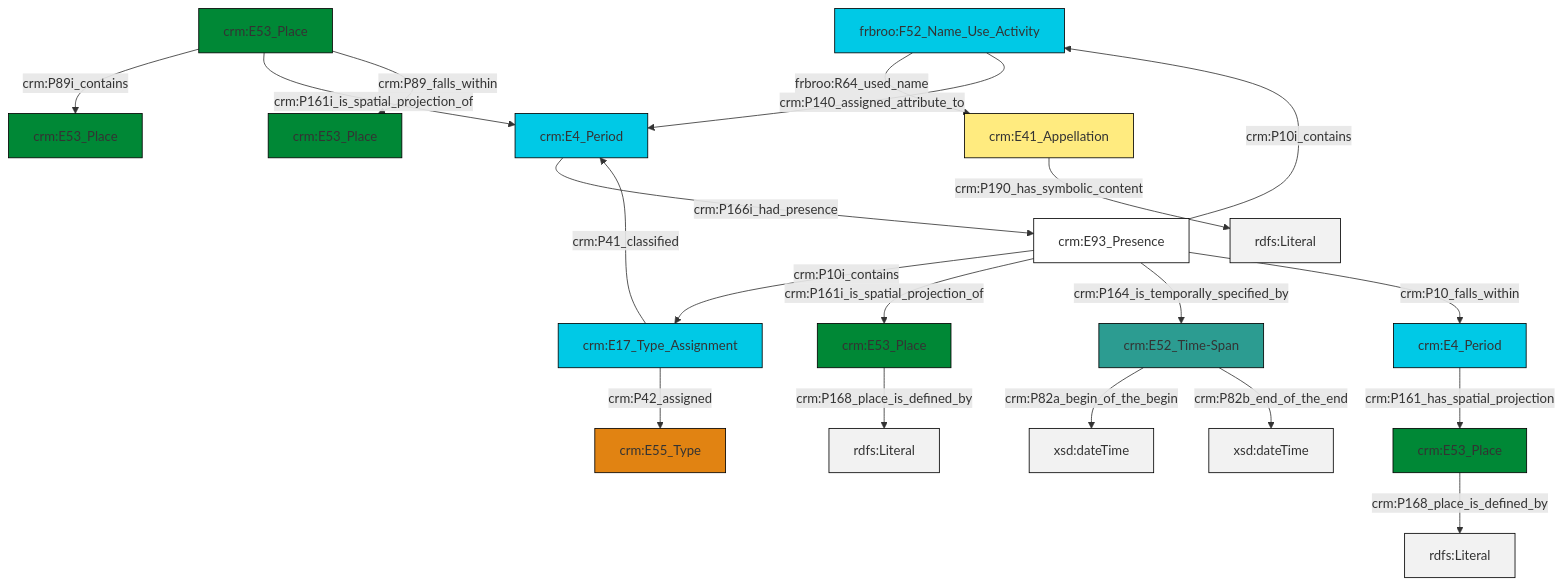
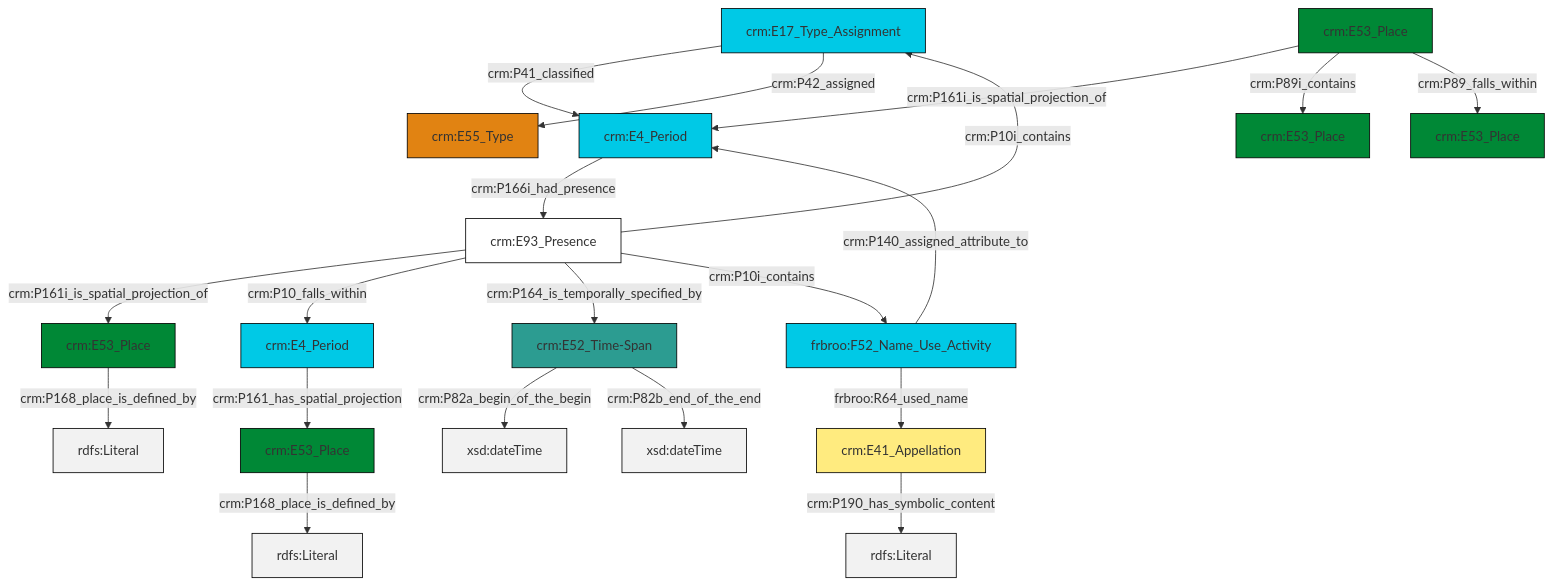
The diagram in et/placeCSV/ttl/mmd/place_parthood.ttl.mmd (swiss-art-research-net/reference-data-models), drawn with Mermaid before and after one commit. The commit also changed 128 other files, not shown here.

```diff
--- a/et/placeCSV/ttl/mmd/place_parthood.ttl.mmd
+++ b/et/placeCSV/ttl/mmd/place_parthood.ttl.mmd
@@ -1,34 +1,34 @@
 graph TD
 classDef Literal fill:#f2f2f2,stroke:#000000;
 classDef CRM_Entity fill:#FFFFFF,stroke:#000000;
 classDef Temporal_Entity fill:#00C9E6, stroke:#000000;
 classDef Type fill:#E18312, stroke:#000000;
 classDef Time-Span fill:#2C9C91, stroke:#000000;
 classDef Appellation fill:#FFEB7F, stroke:#000000;
 classDef Place fill:#008836, stroke:#000000;
 classDef Persistent_Item fill:#B266B2, stroke:#000000;
 classDef Conceptual_Object fill:#FFD700, stroke:#000000;
 classDef Physical_Thing fill:#D2B48C, stroke:#000000;
 classDef Actor fill:#f58aad, stroke:#000000;
 classDef PC_Classes fill:#4ce600, stroke:#000000;
 classDef Multi fill:#cccccc,stroke:#000000;
 
-0["frbroo:F52_Name_Use_Activity"]:::Temporal_Entity -->|frbroo:R64_used_name| 1["crm:E41_Appellation"]:::Appellation
-2["crm:E53_Place"]:::Place -->|crm:P168_place_is_defined_by| 3[rdfs:Literal]:::Literal
-6["crm:E17_Type_Assignment"]:::Temporal_Entity -->|crm:P42_assigned| 7["crm:E55_Type"]:::Type
-8["crm:E4_Period"]:::Temporal_Entity -->|crm:P166i_had_presence| 9["crm:E93_Presence"]:::CRM_Entity
-6["crm:E17_Type_Assignment"]:::Temporal_Entity -->|crm:P41_classified| 8["crm:E4_Period"]:::Temporal_Entity
-10["crm:E53_Place"]:::Place -->|crm:P89i_contains| 11["crm:E53_Place"]:::Place
-12["crm:E4_Period"]:::Temporal_Entity -->|crm:P161_has_spatial_projection| 15["crm:E53_Place"]:::Place
-1["crm:E41_Appellation"]:::Appellation -->|crm:P190_has_symbolic_content| 18[rdfs:Literal]:::Literal
-10["crm:E53_Place"]:::Place -->|crm:P161i_is_spatial_projection_of| 8["crm:E4_Period"]:::Temporal_Entity
-10["crm:E53_Place"]:::Place -->|crm:P89_falls_within| 4["crm:E53_Place"]:::Place
-0["frbroo:F52_Name_Use_Activity"]:::Temporal_Entity -->|crm:P140_assigned_attribute_to| 8["crm:E4_Period"]:::Temporal_Entity
-9["crm:E93_Presence"]:::CRM_Entity -->|crm:P10i_contains| 6["crm:E17_Type_Assignment"]:::Temporal_Entity
-9["crm:E93_Presence"]:::CRM_Entity -->|crm:P161i_is_spatial_projection_of| 2["crm:E53_Place"]:::Place
-9["crm:E93_Presence"]:::CRM_Entity -->|crm:P164_is_temporally_specified_by| 19["crm:E52_Time-Span"]:::Time-Span
-9["crm:E93_Presence"]:::CRM_Entity -->|crm:P10i_contains| 0["frbroo:F52_Name_Use_Activity"]:::Temporal_Entity
-19["crm:E52_Time-Span"]:::Time-Span -->|crm:P82a_begin_of_the_begin| 27[xsd:dateTime]:::Literal
-15["crm:E53_Place"]:::Place -->|crm:P168_place_is_defined_by| 28[rdfs:Literal]:::Literal
-19["crm:E52_Time-Span"]:::Time-Span -->|crm:P82b_end_of_the_end| 29[xsd:dateTime]:::Literal
-9["crm:E93_Presence"]:::CRM_Entity -->|crm:P10_falls_within| 12["crm:E4_Period"]:::Temporal_Entity
+0["crm:E52_Time-Span"]:::Time-Span -->|crm:P82a_begin_of_the_begin| 1[xsd:dateTime]:::Literal
+0["crm:E52_Time-Span"]:::Time-Span -->|crm:P82b_end_of_the_end| 2[xsd:dateTime]:::Literal
+3["crm:E17_Type_Assignment"]:::Temporal_Entity -->|crm:P41_classified| 4["crm:E4_Period"]:::Temporal_Entity
+5["crm:E93_Presence"]:::CRM_Entity -->|crm:P161i_is_spatial_projection_of| 6["crm:E53_Place"]:::Place
+8["crm:E53_Place"]:::Place -->|crm:P161i_is_spatial_projection_of| 4["crm:E4_Period"]:::Temporal_Entity
+5["crm:E93_Presence"]:::CRM_Entity -->|crm:P10i_contains| 3["crm:E17_Type_Assignment"]:::Temporal_Entity
+5["crm:E93_Presence"]:::CRM_Entity -->|crm:P10_falls_within| 13["crm:E4_Period"]:::Temporal_Entity
+4["crm:E4_Period"]:::Temporal_Entity -->|crm:P166i_had_presence| 5["crm:E93_Presence"]:::CRM_Entity
+16["frbroo:F52_Name_Use_Activity"]:::Temporal_Entity -->|frbroo:R64_used_name| 17["crm:E41_Appellation"]:::Appellation
+13["crm:E4_Period"]:::Temporal_Entity -->|crm:P161_has_spatial_projection| 9["crm:E53_Place"]:::Place
+8["crm:E53_Place"]:::Place -->|crm:P89i_contains| 19["crm:E53_Place"]:::Place
+17["crm:E41_Appellation"]:::Appellation -->|crm:P190_has_symbolic_content| 20[rdfs:Literal]:::Literal
+6["crm:E53_Place"]:::Place -->|crm:P168_place_is_defined_by| 21[rdfs:Literal]:::Literal
+16["frbroo:F52_Name_Use_Activity"]:::Temporal_Entity -->|crm:P140_assigned_attribute_to| 4["crm:E4_Period"]:::Temporal_Entity
+9["crm:E53_Place"]:::Place -->|crm:P168_place_is_defined_by| 26[rdfs:Literal]:::Literal
+5["crm:E93_Presence"]:::CRM_Entity -->|crm:P164_is_temporally_specified_by| 0["crm:E52_Time-Span"]:::Time-Span
+3["crm:E17_Type_Assignment"]:::Temporal_Entity -->|crm:P42_assigned| 11["crm:E55_Type"]:::Type
+8["crm:E53_Place"]:::Place -->|crm:P89_falls_within| 24["crm:E53_Place"]:::Place
+5["crm:E93_Presence"]:::CRM_Entity -->|crm:P10i_contains| 16["frbroo:F52_Name_Use_Activity"]:::Temporal_Entity
```
